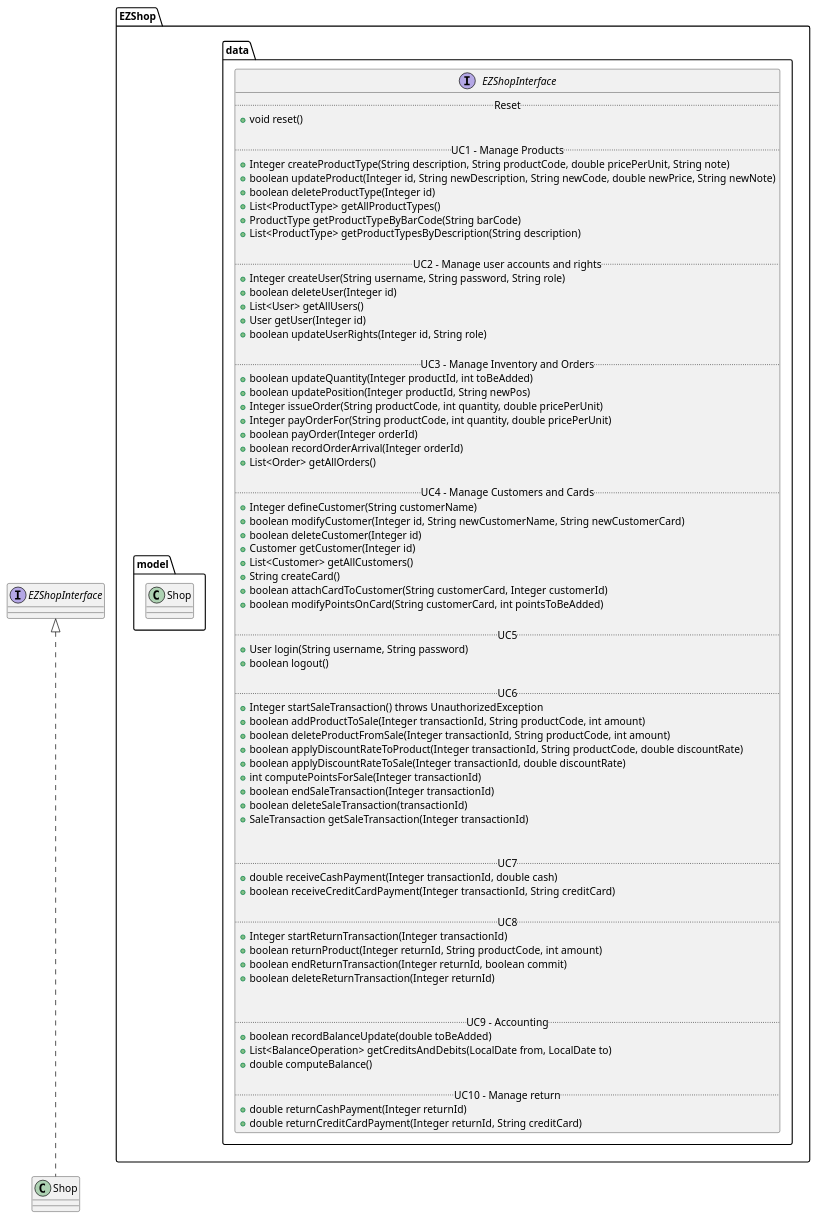
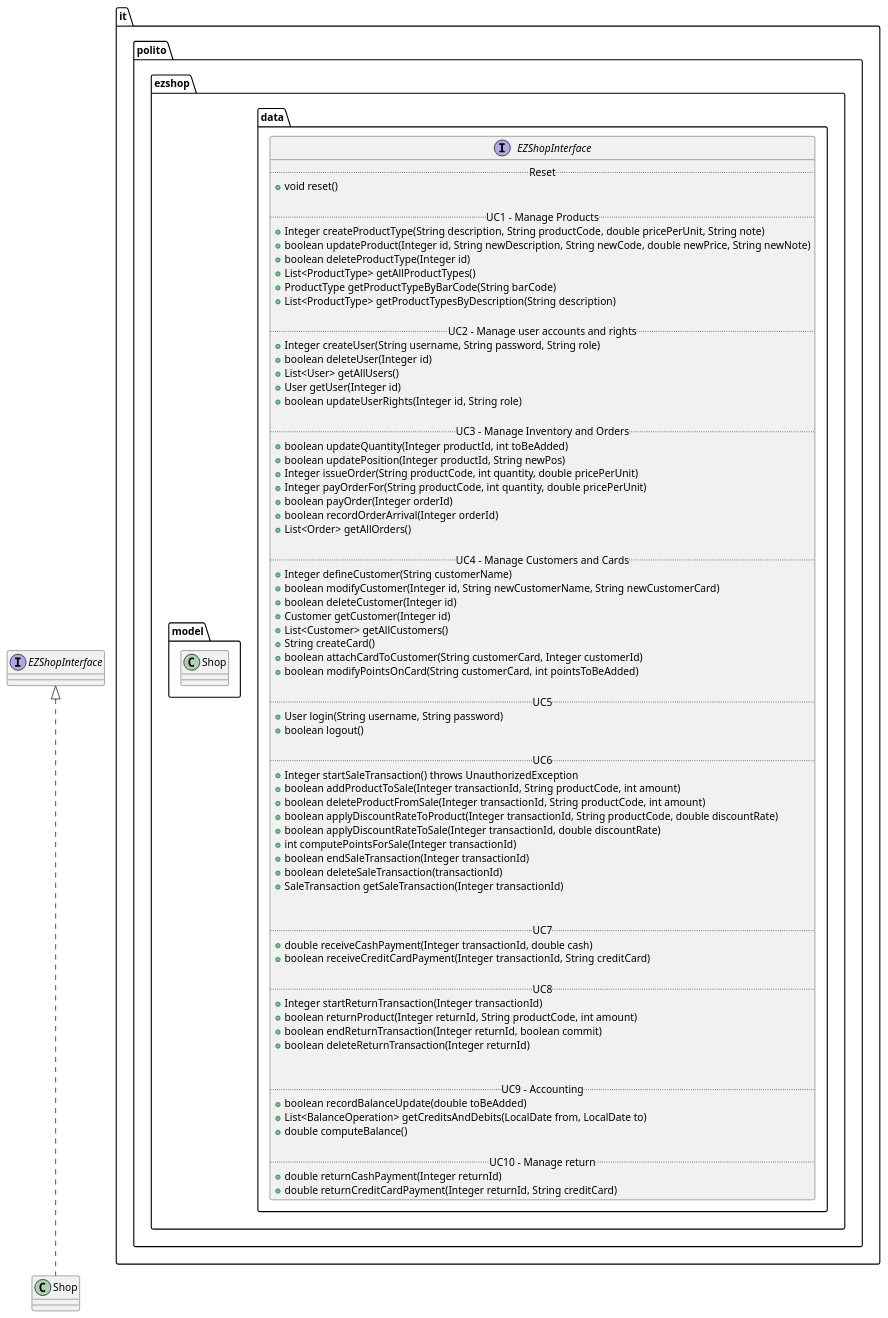
Before and after one commit to Stormz4/group20-EzShop: the second of 20 diagrams in Deliverables/DesignDocument.md, drawn with PlantUML. The commit also changed other lines of this file, not shown here.

````diff
--- a/Deliverables/DesignDocument.md
+++ b/Deliverables/DesignDocument.md
@@ -56,6 +57,6 @@
 ```plantuml
 @startuml
-package EZShop.data{
+package it.polito.ezshop.data{
 interface EZShopInterface{
     .. Reset ..
     +void reset()
@@ -132,7 +133,7 @@
 }
 }
 
-package EZShop.model{
+package it.polito.ezshop.model{
  class Shop{
 
 }
````
